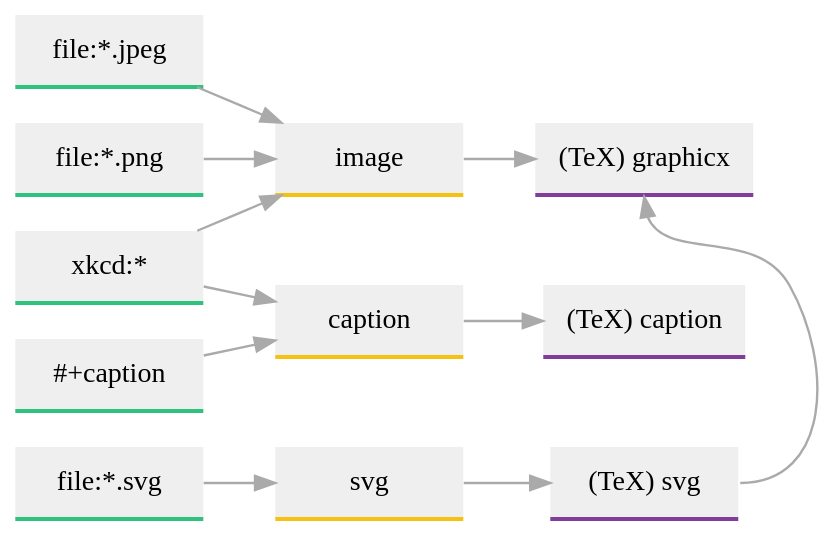
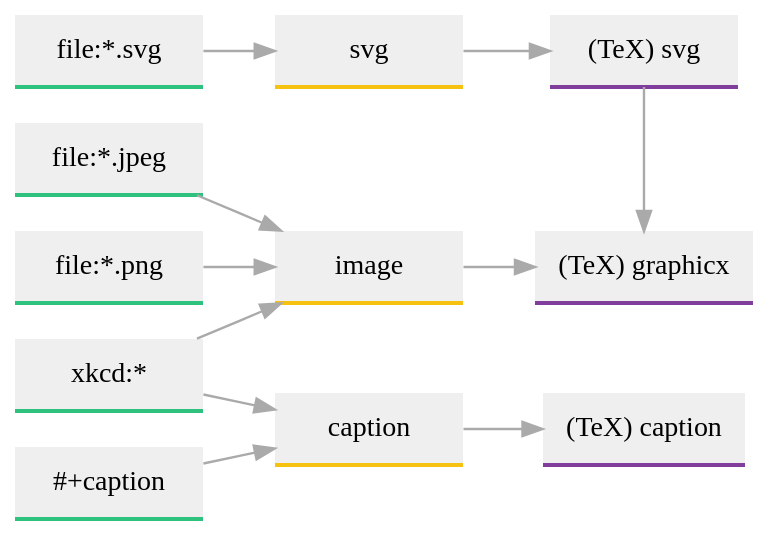
One commit to tecosaur/emacs-config changed the second of 2 diagrams in config.org. Above: the diagram before and after it, drawn with Graphviz. The commit also changed other lines of this file and 1 other file, not shown here.

```diff
--- a/config.org
+++ b/config.org
@@ -7249,31 +7249,31 @@
 #+begin_src dot :file misc/org-latex-clever-preamble.svg :exports none
 digraph {
     graph [bgcolor="transparent"];
     node  [shape="underline" penwidth="2" width="1.3" style="rounded,filled" fillcolor="#efefef" color="#c9c9c9" fontcolor="#000000" fontname="overpass"];
     edge  [color="#aaaaaa" penwidth="1.2"]
     rankdir=LR
 
     node[group=a,color="#2ec27e"]
+    "file:*.svg"
     "file:*.jpeg"
     "file:*.png"
-    "file:*.svg"
     "#+caption"
     "xkcd:*"
     node[group=b,color="#f5c211"]
+    "svg"
     "image"
-    "svg"
     "caption"
     node[group=c,color="#813d9c"]
+    "(TeX) svg"
     "(TeX) graphicx"
-    "(TeX) svg"
     "(TeX) caption"
 
+    "file:*.svg" -> "svg" -> "(TeX) svg"
     "file:*.jpeg" -> "image" -> "(TeX) graphicx"
     "file:*.png" -> "image"
-    "file:*.svg" -> "svg" -> "(TeX) svg"
-    "(TeX) svg":e -> "(TeX) graphicx":s [constraint=false]
+    "(TeX) svg":s -> "(TeX) graphicx":n [constraint=false]
     "#+caption" -> "caption" -> "(TeX) caption"
     "xkcd:*" -> "image"
     "xkcd:*" -> "caption"
 }
 #+end_src
```
